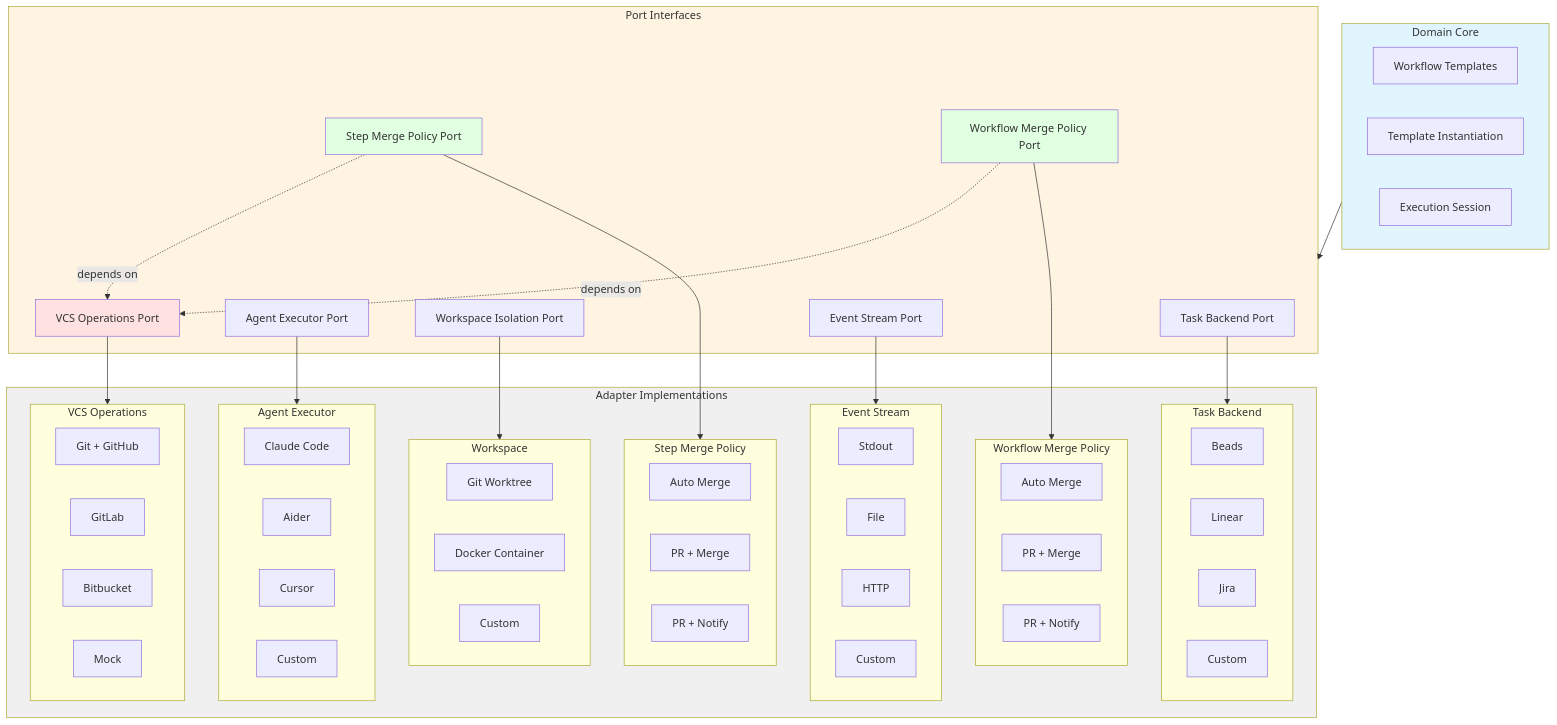
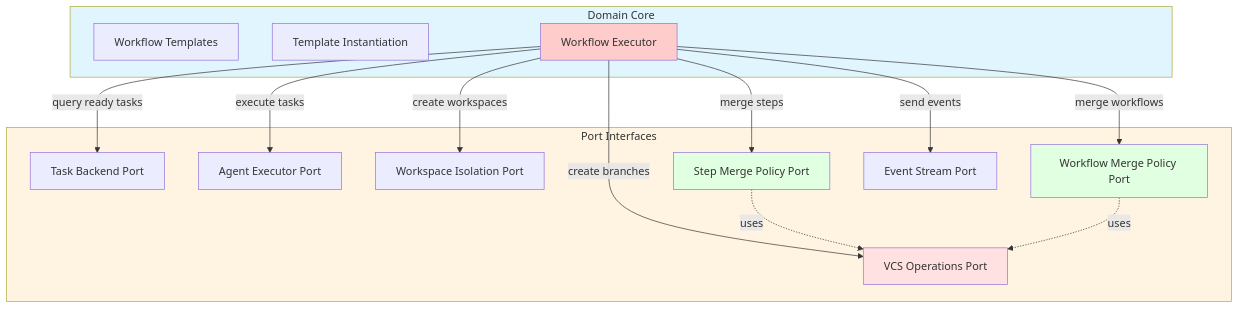
Before and after one commit to davidvc/codeflow: the diagram in docs/architecture/design.md, drawn with Mermaid. The commit also changed 1 other file, not shown here.

Commit message:
Update design

```diff
--- a/docs/architecture/design.md
+++ b/docs/architecture/design.md
@@ -34,7 +34,7 @@
     subgraph Domain["Domain Core"]
         WT[Workflow Templates]
         TI[Template Instantiation]
-        ES[Execution Session]
+        EXE[Workflow Executor]
     end
 
     subgraph Ports["Port Interfaces"]
@@ -47,70 +47,22 @@
         EVP[Event Stream Port]
     end
 
-    subgraph Adapters["Adapter Implementations"]
-        subgraph TaskAdapters["Task Backend"]
-            BA[Beads]
-            LA[Linear]
-            JA[Jira]
-            CA1[Custom]
-        end
+    %% Executor interactions with ports
+    EXE -->|query ready tasks| TBP
+    EXE -->|execute tasks| AEP
+    EXE -->|create workspaces| WIP
+    EXE -->|create branches| VOP
+    EXE -->|merge steps| SMP
+    EXE -->|merge workflows| WMP
+    EXE -->|send events| EVP
 
-        subgraph AgentAdapters["Agent Executor"]
-            CCA[Claude Code]
-            AIA[Aider]
-            CUR[Cursor]
-            CA2[Custom]
-        end
-
-        subgraph WorkspaceAdapters["Workspace"]
-            GWA[Git Worktree]
-            DCA[Docker Container]
-            CA3[Custom]
-        end
-
-        subgraph VCSAdapters["VCS Operations"]
-            GIT[Git + GitHub]
-            GLB[GitLab]
-            BB[Bitbucket]
-            MOCK[Mock]
-        end
-
-        subgraph StepMergeAdapters["Step Merge Policy"]
-            SMA1[Auto Merge]
-            SMA2[PR + Merge]
-            SMA3[PR + Notify]
-        end
-
-        subgraph WorkflowMergeAdapters["Workflow Merge Policy"]
-            WMA1[Auto Merge]
-            WMA2[PR + Merge]
-            WMA3[PR + Notify]
-        end
-
-        subgraph EventAdapters["Event Stream"]
-            EVA1[Stdout]
-            EVA2[File]
-            EVA3[HTTP]
-            EVA4[Custom]
-        end
-    end
-
-    Domain --> Ports
-    TBP --> TaskAdapters
-    AEP --> AgentAdapters
-    WIP --> WorkspaceAdapters
-    VOP --> VCSAdapters
-    SMP --> StepMergeAdapters
-    WMP --> WorkflowMergeAdapters
-    EVP --> EventAdapters
-
-    %% Merge policies depend on VCS Port
-    SMP -.depends on.-> VOP
-    WMP -.depends on.-> VOP
+    %% Port dependencies
+    SMP -.uses.-> VOP
+    WMP -.uses.-> VOP
 
     style Domain fill:#e1f5ff
     style Ports fill:#fff4e1
-    style Adapters fill:#f0f0f0
+    style EXE fill:#ffcccc
     style VOP fill:#ffe1e1
     style SMP fill:#e1ffe1
     style WMP fill:#e1ffe1
```
